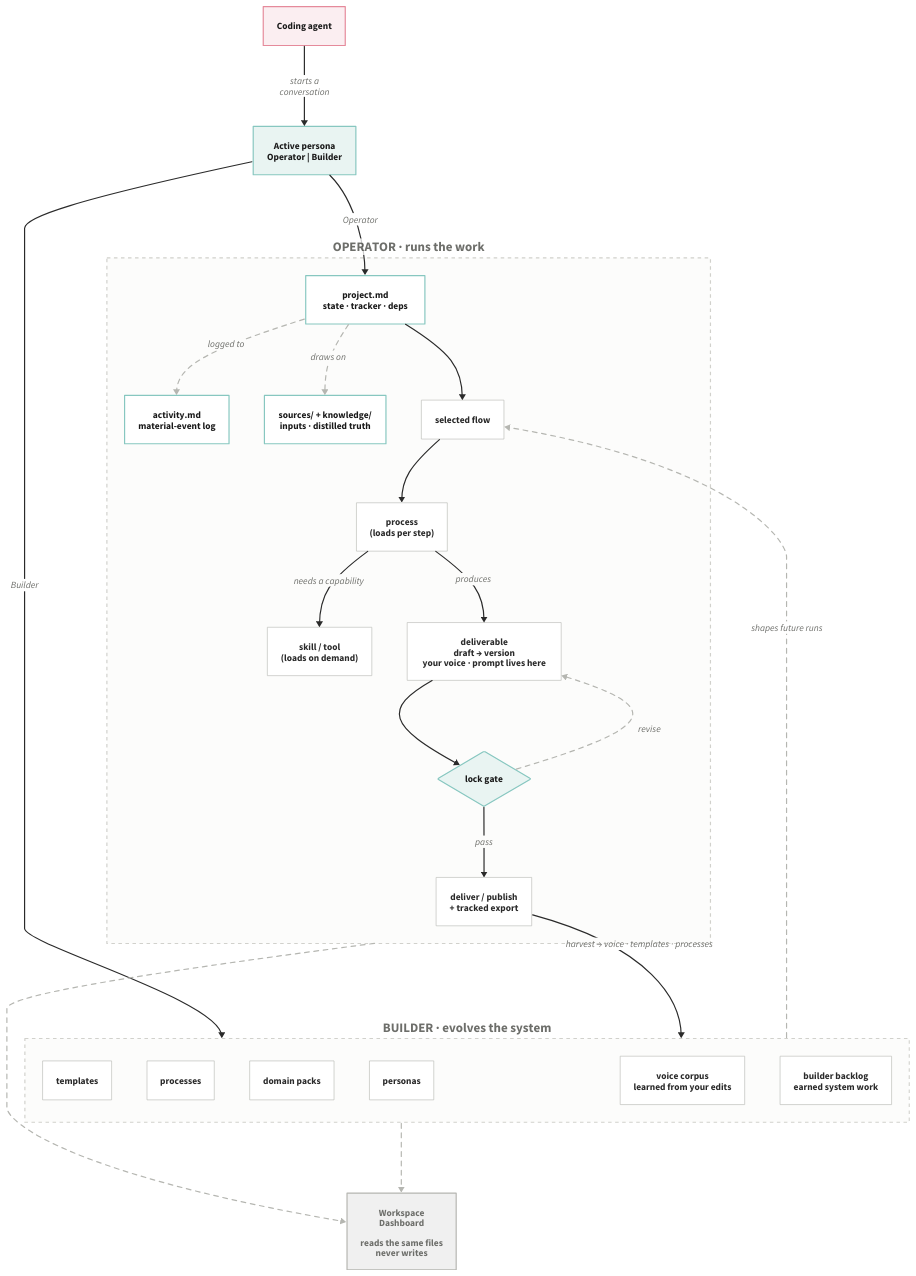
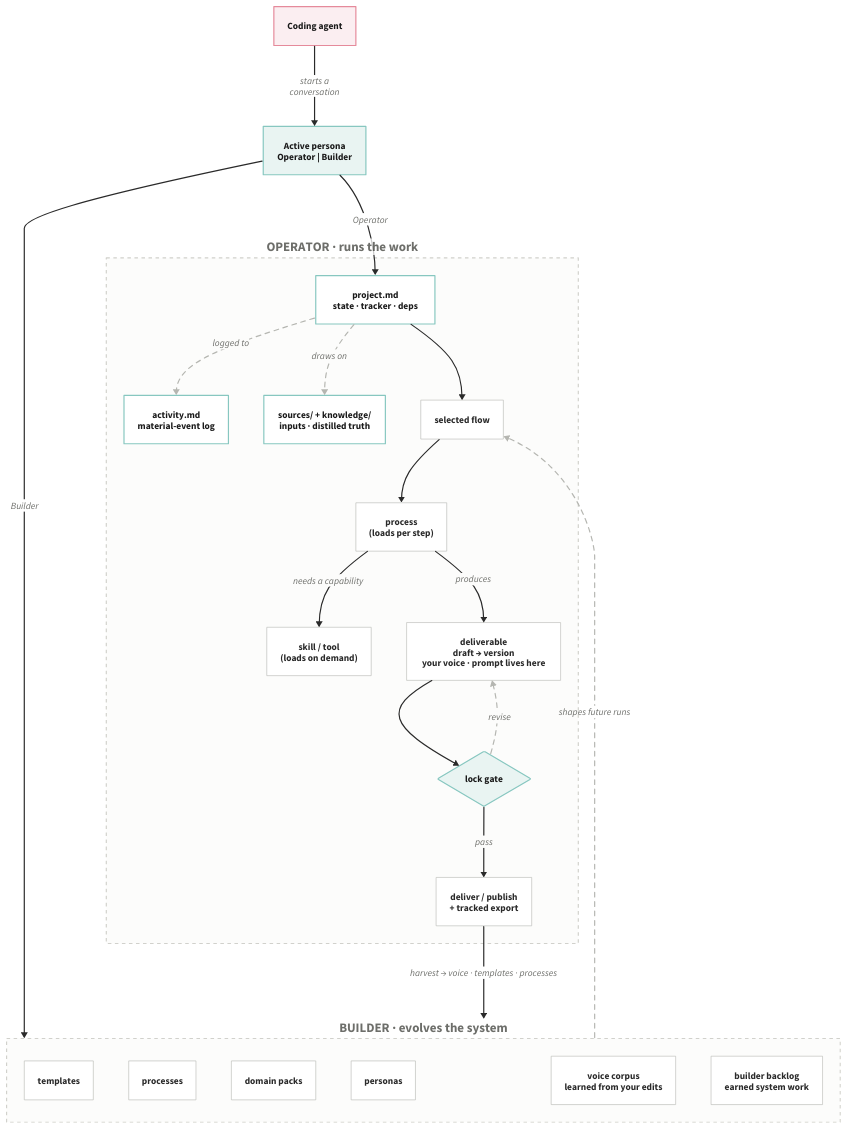
Before and after one commit to situhacks/agentframe: the diagram in .github/readme-assets/architecture-flow.d2, drawn with D2. The commit also changed 7387 other files, not shown here.

```diff
--- a/.github/readme-assets/architecture-flow.d2
+++ b/.github/readme-assets/architecture-flow.d2
@@ -1,75 +1,70 @@
 # AgentFrame architecture flow — the whole system at a glance.
 # Top level flows left→right as zones; the Operator zone folds DOWNWARD inside
 # its column so the long run doesn't stretch into a ribbon.
 # Palette: Agent Architecture POV design language.
 #   teal #87c7c0 = system / structure   pink #e58a9b = entry / human moment
 #   ink #1a1a1a = type   white canvas   grey accents only   NO blue
 
 direction: down
 
 classes: {
   entry:   { style: { fill: "#fbeef1"; stroke: "#e58a9b"; font-color: "#1a1a1a"; bold: true; stroke-width: 2 } }
   persona: { style: { fill: "#e9f4f2"; stroke: "#87c7c0"; font-color: "#1a1a1a"; bold: true; stroke-width: 2 } }
   node:    { style: { fill: "#ffffff"; stroke: "#b5b6b1"; font-color: "#2a2a2a"; stroke-width: 1 } }
   state:   { style: { fill: "#ffffff"; stroke: "#87c7c0"; font-color: "#1a1a1a"; stroke-width: 2 } }
   gate:    { shape: diamond; style: { fill: "#e9f4f2"; stroke: "#87c7c0"; font-color: "#1a1a1a"; bold: true } }
   reader:  { style: { fill: "#f0f0f0"; stroke: "#b5b6b1"; font-color: "#6d6e6a"; italic: true } }
   grp:     { style: { fill: "#fcfcfb"; stroke: "#d1d1cc"; font-color: "#6d6e6a"; stroke-dash: 3; bold: true; font-size: 22 } }
   link:    { style: { stroke: "#2a2a2a"; font-color: "#6d6e6a" } }
   soft:    { style: { stroke: "#b5b6b1"; font-color: "#6d6e6a"; stroke-dash: 4 } }
 }
 
 # ---- entry column ----
 agent: Coding agent { class: entry }
 persona: "Active persona\nOperator | Builder" { class: persona }
 agent -> persona: starts a\nconversation { class: link }
 
 # ---- OPERATOR zone (folds downward) ----
 operator: "OPERATOR  ·  runs the work" {
   class: grp
   direction: down
 
   project: "project.md\nstate · tracker · deps" { class: state }
   activity: "activity.md\nmaterial-event log" { class: state }
   substrate: "sources/ + knowledge/\ninputs · distilled truth" { class: state }
   flow: "selected flow" { class: node }
   process: "process\n(loads per step)" { class: node }
   skill: "skill / tool\n(loads on demand)" { class: node }
   draft: "deliverable\ndraft → version\nyour voice · prompt lives here" { class: node }
   lock: lock gate { class: gate }
   deliver: "deliver / publish\n+ tracked export" { class: node }
 
   project -> activity: logged to { class: soft }
   project -> substrate: draws on { class: soft }
   project -> flow: { class: link }
   flow -> process: { class: link }
   process -> skill: needs a capability { class: link }
   process -> draft: produces { class: link }
   draft -> lock: { class: link }
   lock -> deliver: pass { class: link }
   lock -> draft: revise { class: soft }
 }
 
 # ---- BUILDER zone (folds downward) ----
 builder: "BUILDER  ·  evolves the system" {
   class: grp
   direction: down
   templates: templates { class: node }
   processes: processes { class: node }
   packs: "domain packs" { class: node }
   personas: personas { class: node }
   voice: "voice corpus\nlearned from your edits" { class: node }
   backlog: "builder backlog\nearned system work" { class: node }
 }
 
 # ---- cross-zone wiring (kept minimal) ----
 persona -> operator.project: Operator { class: link }
 persona -> builder: Builder { class: link }
 
 operator.deliver -> builder: "harvest → voice · templates · processes" { class: link }
 builder -> operator.flow: shapes future runs { class: soft }
-
-# ---- dashboard reads everything, writes nothing ----
-dashboard: "Workspace\nDashboard\n\nreads the same files\nnever writes" { class: reader }
-operator -> dashboard: { class: soft }
-builder -> dashboard: { class: soft }
```
